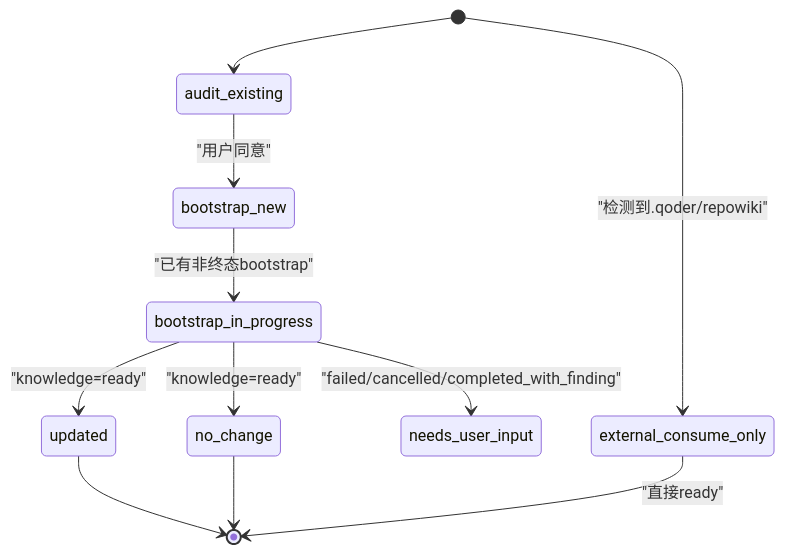
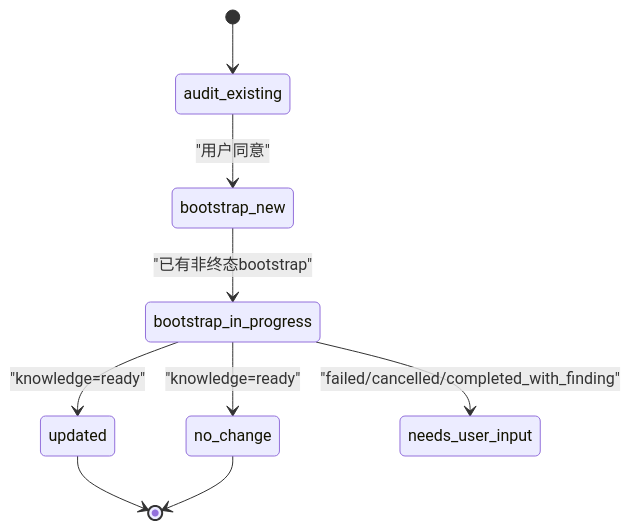
Before and after one commit to HackSing/docs-harness: the fifth of 7 diagrams in .qoder/repowiki/zh/content/知识管理/知识管理.md, drawn with Mermaid. The commit also changed other lines of this file and 40 other files, not shown here.

````diff
--- a/.qoder/repowiki/zh/content/知识管理/知识管理.md
+++ b/.qoder/repowiki/zh/content/知识管理/知识管理.md
@@ -282,13 +194,11 @@
 ```mermaid
 stateDiagram-v2
 [*] --> audit_existing
 audit_existing --> bootstrap_new : "用户同意"
 bootstrap_new --> bootstrap_in_progress : "已有非终态bootstrap"
 bootstrap_in_progress --> updated : "knowledge=ready"
 bootstrap_in_progress --> no_change : "knowledge=ready"
 bootstrap_in_progress --> needs_user_input : "failed/cancelled/completed_with_finding"
 updated --> [*]
 no_change --> [*]
-[*] --> external_consume_only : "检测到.qoder/repowiki"
-external_consume_only --> [*] : "直接ready"
 ```
````
